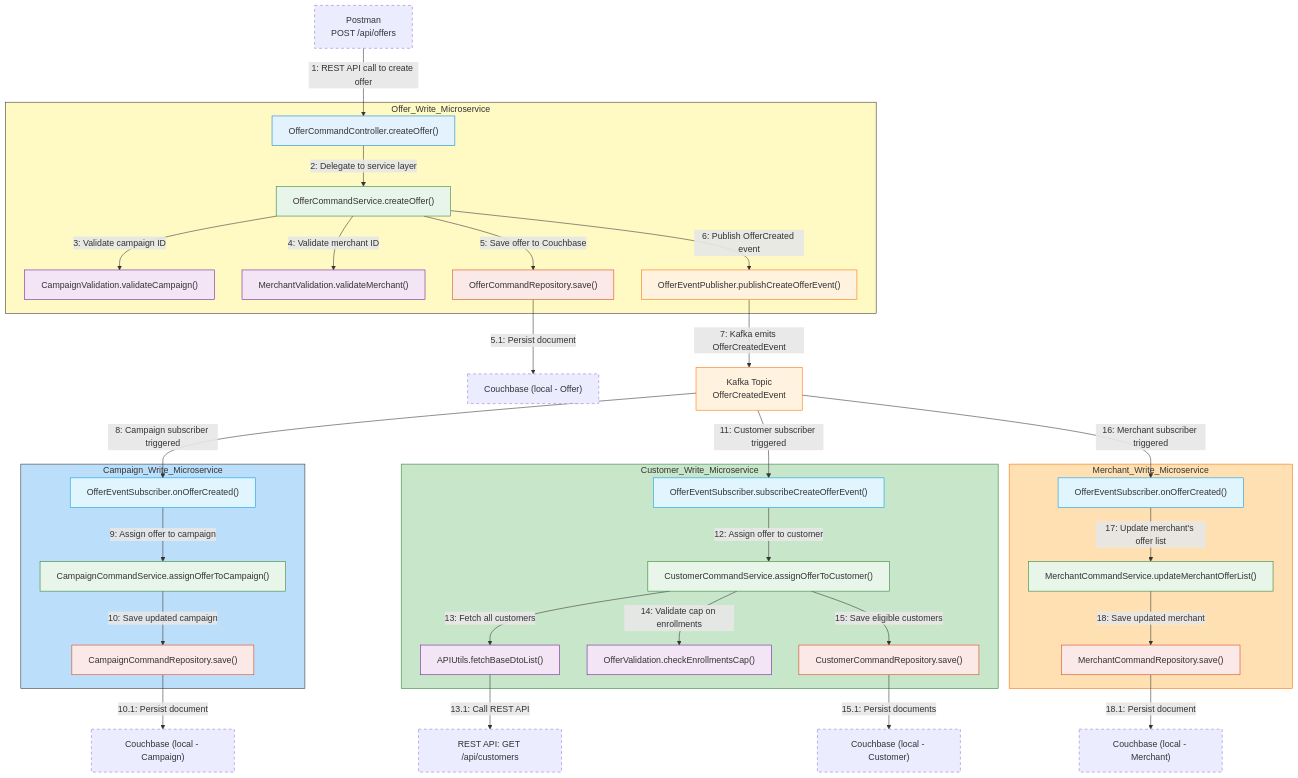
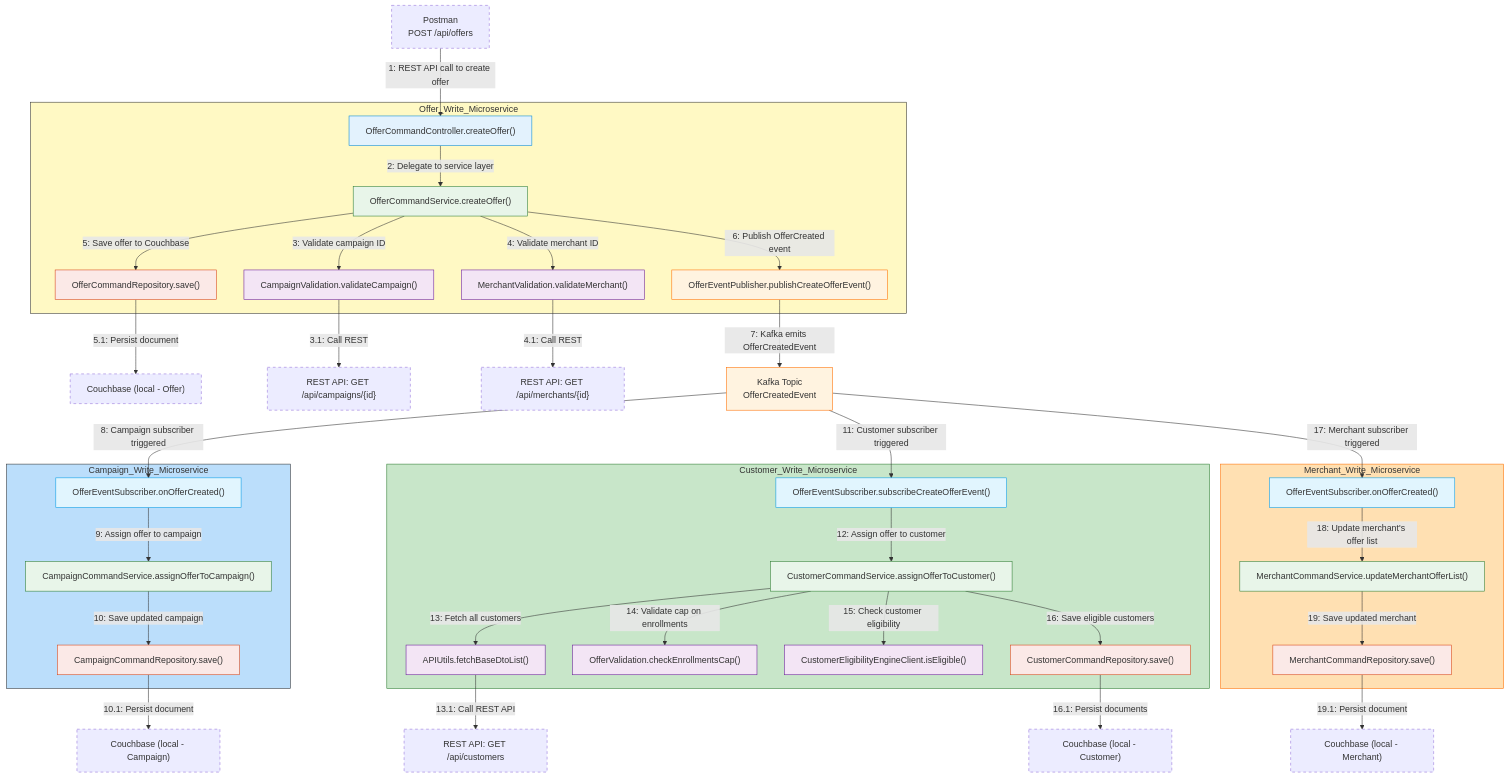
Before and after one commit to aakashkumar1980/apps-microservices: the diagram in _readme_assets/offer_create.mmd, drawn with Mermaid.

```diff
--- a/_readme_assets/offer_create.mmd
+++ b/_readme_assets/offer_create.mmd
@@ -1,90 +1,98 @@
 flowchart TD
 
 %% External API Client
     POSTMAN["Postman<br>POST /api/offers"]:::external
 
 %% Couchbase Instances (Externalized)
     ODB["Couchbase (local - Offer)"]:::external
     CDB["Couchbase (local - Campaign)"]:::external
     CUDB["Couchbase (local - Customer)"]:::external
     MDB["Couchbase (local - Merchant)"]:::external
 
 %% External REST APIs
     CUSREST["REST API: GET /api/customers"]:::external
+    CAMPAIGNREST["REST API: GET /api/campaigns/{id}"]:::external
+    MERCHANTREST["REST API: GET /api/merchants/{id}"]:::external
 
 %% Offer Write Microservice
     subgraph Offer_Write_Microservice
         style Offer_Write_Microservice fill:#FFF9C4,stroke:#333,stroke-width:1px
         OCC["OfferCommandController.createOffer()"]:::controller
         OCS["OfferCommandService.createOffer()"]:::service
         VAL_CAM["CampaignValidation.validateCampaign()"]:::util
         VAL_MER["MerchantValidation.validateMerchant()"]:::util
         OCR["OfferCommandRepository.save()"]:::repository
         OEP["OfferEventPublisher.publishCreateOfferEvent()"]:::event
     end
 
 %% Kafka Topic
     KafkaTopic["Kafka Topic<br>OfferCreatedEvent"]:::event
 
 %% Campaign Write Microservice
     subgraph Campaign_Write_Microservice
         style Campaign_Write_Microservice fill:#BBDEFB,stroke:#333,stroke-width:1px
         CES["OfferEventSubscriber.onOfferCreated()"]:::subscriber
         CCS["CampaignCommandService.assignOfferToCampaign()"]:::service
         CCR["CampaignCommandRepository.save()"]:::repository
     end
 
 %% Customer Write Microservice
     subgraph Customer_Write_Microservice
         style Customer_Write_Microservice fill:#C8E6C9,stroke:#2E7D32,stroke-width:1px
         CUSUB["OfferEventSubscriber.subscribeCreateOfferEvent()"]:::subscriber
         CUSVC["CustomerCommandService.assignOfferToCustomer()"]:::service
         APIU_C["APIUtils.fetchBaseDtoList()"]:::util
         VAL_CAP["OfferValidation.checkEnrollmentsCap()"]:::util
+        ELIG["CustomerEligibilityEngineClient.isEligible()"]:::util
         CUREPO["CustomerCommandRepository.save()"]:::repository
     end
 
 %% Merchant Write Microservice
     subgraph Merchant_Write_Microservice
         style Merchant_Write_Microservice fill:#FFE0B2,stroke:#FF6F00,stroke-width:1px
         MESUB["OfferEventSubscriber.onOfferCreated()"]:::subscriber
         MSVC["MerchantCommandService.updateMerchantOfferList()"]:::service
         MREPO["MerchantCommandRepository.save()"]:::repository
     end
 
 %% Arrows with colon-numbering
     POSTMAN -->|1: REST API call to create offer| OCC
     OCC -->|2: Delegate to service layer| OCS
     OCS -->|3: Validate campaign ID| VAL_CAM
+    VAL_CAM -->|3.1: Call REST| CAMPAIGNREST
+
     OCS -->|4: Validate merchant ID| VAL_MER
+    VAL_MER -->|4.1: Call REST| MERCHANTREST
+
     OCS -->|5: Save offer to Couchbase| OCR
     OCR -->|5.1: Persist document| ODB
     OCS -->|6: Publish OfferCreated event| OEP
     OEP -->|7: Kafka emits OfferCreatedEvent| KafkaTopic
 
     KafkaTopic -->|8: Campaign subscriber triggered| CES
     CES -->|9: Assign offer to campaign| CCS
     CCS -->|10: Save updated campaign| CCR
     CCR -->|10.1: Persist document| CDB
 
     KafkaTopic -->|11: Customer subscriber triggered| CUSUB
     CUSUB -->|12: Assign offer to customer| CUSVC
     CUSVC -->|13: Fetch all customers| APIU_C
     APIU_C -->|13.1: Call REST API| CUSREST
     CUSVC -->|14: Validate cap on enrollments| VAL_CAP
-    CUSVC -->|15: Save eligible customers| CUREPO
-    CUREPO -->|15.1: Persist documents| CUDB
+    CUSVC -->|15: Check customer eligibility| ELIG
+    CUSVC -->|16: Save eligible customers| CUREPO
+    CUREPO -->|16.1: Persist documents| CUDB
 
-    KafkaTopic -->|16: Merchant subscriber triggered| MESUB
-    MESUB -->|17: Update merchant's offer list| MSVC
-    MSVC -->|18: Save updated merchant| MREPO
-    MREPO -->|18.1: Persist document| MDB
+    KafkaTopic -->|17: Merchant subscriber triggered| MESUB
+    MESUB -->|18: Update merchant's offer list| MSVC
+    MSVC -->|19: Save updated merchant| MREPO
+    MREPO -->|19.1: Persist document| MDB
 
 %% Styling
     classDef controller fill:#E3F2FD,stroke:#0288D1,stroke-width:1px;
     classDef service fill:#E8F5E9,stroke:#2E7D32,stroke-width:1px;
     classDef repository fill:#FBE9E7,stroke:#D84315,stroke-width:1px;
     classDef util fill:#F3E5F5,stroke:#6A1B9A,stroke-width:1px;
     classDef event fill:#FFF3E0,stroke:#FF6F00,stroke-width:1px;
     classDef subscriber fill:#E1F5FE,stroke:#039BE5,stroke-width:1px;
     classDef external stroke-dasharray: 5 5;
```
